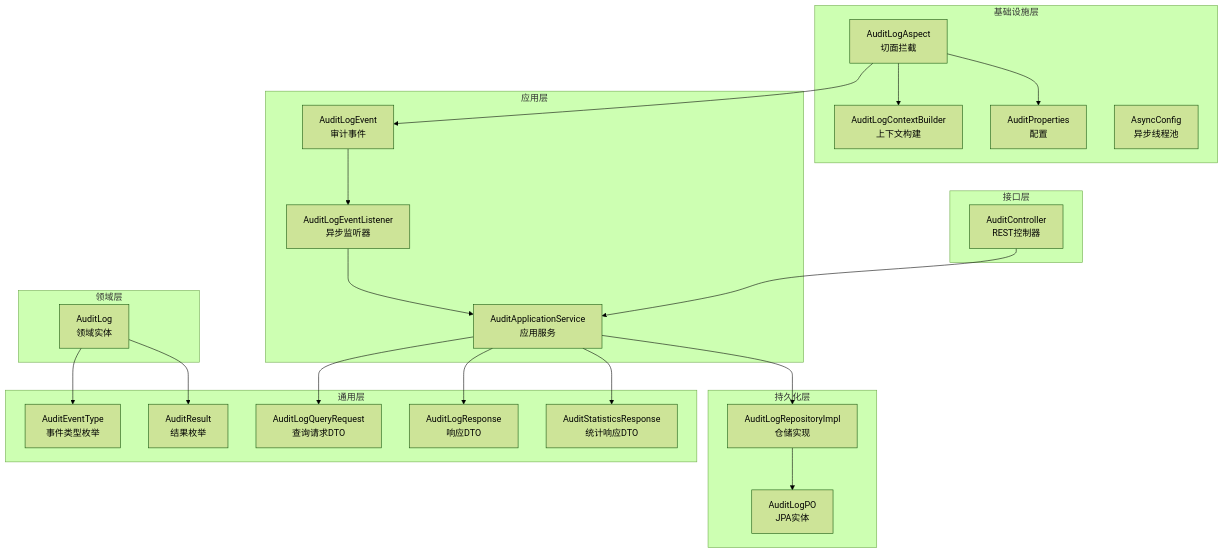
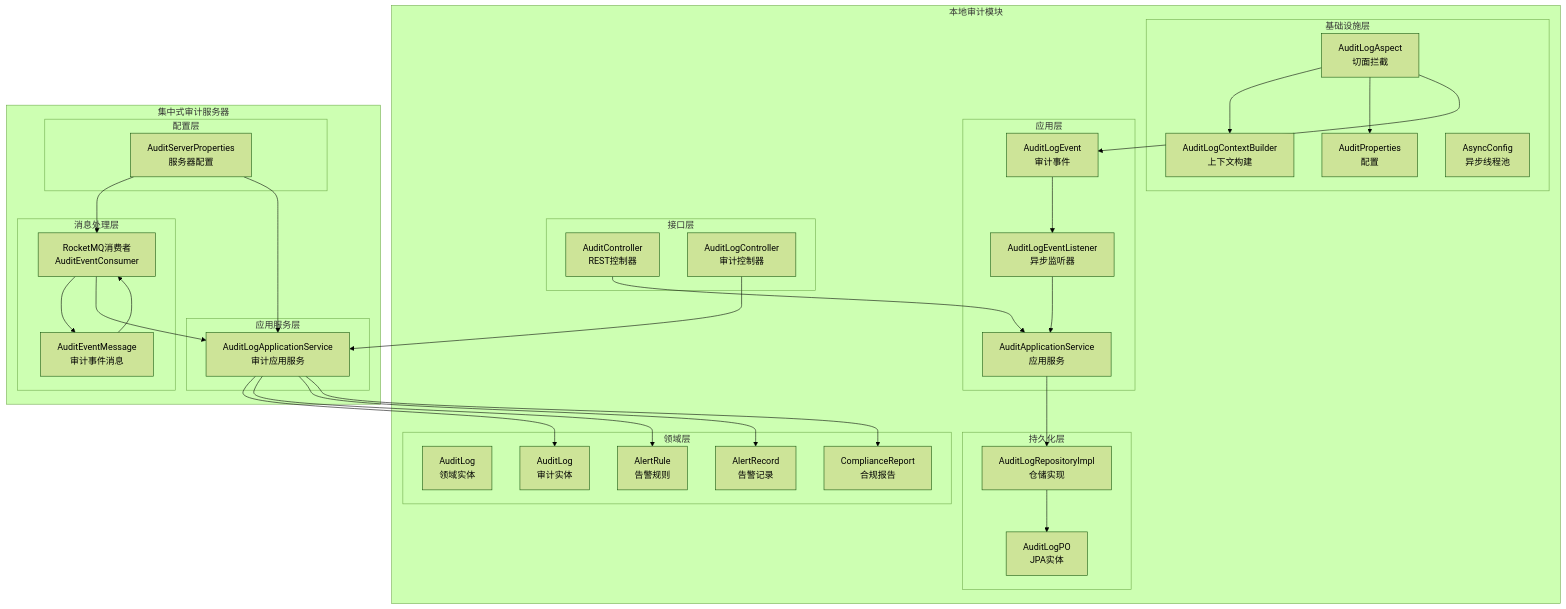
The first of 6 diagrams in .qoder/repowiki/zh/content/项目概述/项目结构/管理服务器 (iam-admin-server)/审计日志系统.md (fq0121104930716/iam-platform), drawn with Mermaid (forest theme) before and after one commit. The commit also changed other lines of this file and 219 other files, not shown here.

````diff
--- a/.qoder/repowiki/zh/content/项目概述/项目结构/管理服务器 (iam-admin-server)/审计日志系统.md
+++ b/.qoder/repowiki/zh/content/项目概述/项目结构/管理服务器 (iam-admin-server)/审计日志系统.md
@@ -49,44 +72,65 @@
 ```mermaid
 graph TB
+subgraph "本地审计模块"
 subgraph "基础设施层"
 ALA["AuditLogAspect<br/>切面拦截"]
 ALB["AuditLogContextBuilder<br/>上下文构建"]
 APC["AuditProperties<br/>配置"]
 AC["AsyncConfig<br/>异步线程池"]
 end
 subgraph "应用层"
 Evt["AuditLogEvent<br/>审计事件"]
 EL["AuditLogEventListener<br/>异步监听器"]
 AS["AuditApplicationService<br/>应用服务"]
 end
 subgraph "领域层"
 AE["AuditLog<br/>领域实体"]
 end
 subgraph "接口层"
 CTRL["AuditController<br/>REST控制器"]
 end
 subgraph "持久化层"
 REPO["AuditLogRepositoryImpl<br/>仓储实现"]
 PO["AuditLogPO<br/>JPA实体"]
 end
-subgraph "通用层"
-ENUM1["AuditEventType<br/>事件类型枚举"]
-ENUM2["AuditResult<br/>结果枚举"]
-DTO1["AuditLogQueryRequest<br/>查询请求DTO"]
-DTO2["AuditLogResponse<br/>响应DTO"]
-DTO3["AuditStatisticsResponse<br/>统计响应DTO"]
+end
+subgraph "集中式审计服务器"
+subgraph "消息处理层"
+MQ["RocketMQ消费者<br/>AuditEventConsumer"]
+MSG["AuditEventMessage<br/>审计事件消息"]
+end
+subgraph "应用服务层"
+SVC["AuditLogApplicationService<br/>审计应用服务"]
+end
+subgraph "接口层"
+CTRL2["AuditLogController<br/>审计控制器"]
+end
+subgraph "领域层"
+AE2["AuditLog<br/>审计实体"]
+AR["AlertRule<br/>告警规则"]
+AT["AlertRecord<br/>告警记录"]
+CR["ComplianceReport<br/>合规报告"]
+end
+subgraph "配置层"
+ASP["AuditServerProperties<br/>服务器配置"]
+end
 end
 ALA --> ALB
 ALA --> APC
 ALA --> Evt
 Evt --> EL
 EL --> AS
 AS --> REPO
 REPO --> PO
 CTRL --> AS
-AE --> ENUM1
-AE --> ENUM2
-AS --> DTO1
-AS --> DTO2
-AS --> DTO3
+MQ --> MSG
+MSG --> MQ
+MQ --> SVC
+SVC --> AE2
+SVC --> AR
+SVC --> AT
+SVC --> CR
+CTRL2 --> SVC
+ASP --> MQ
+ASP --> SVC
 ```
````
